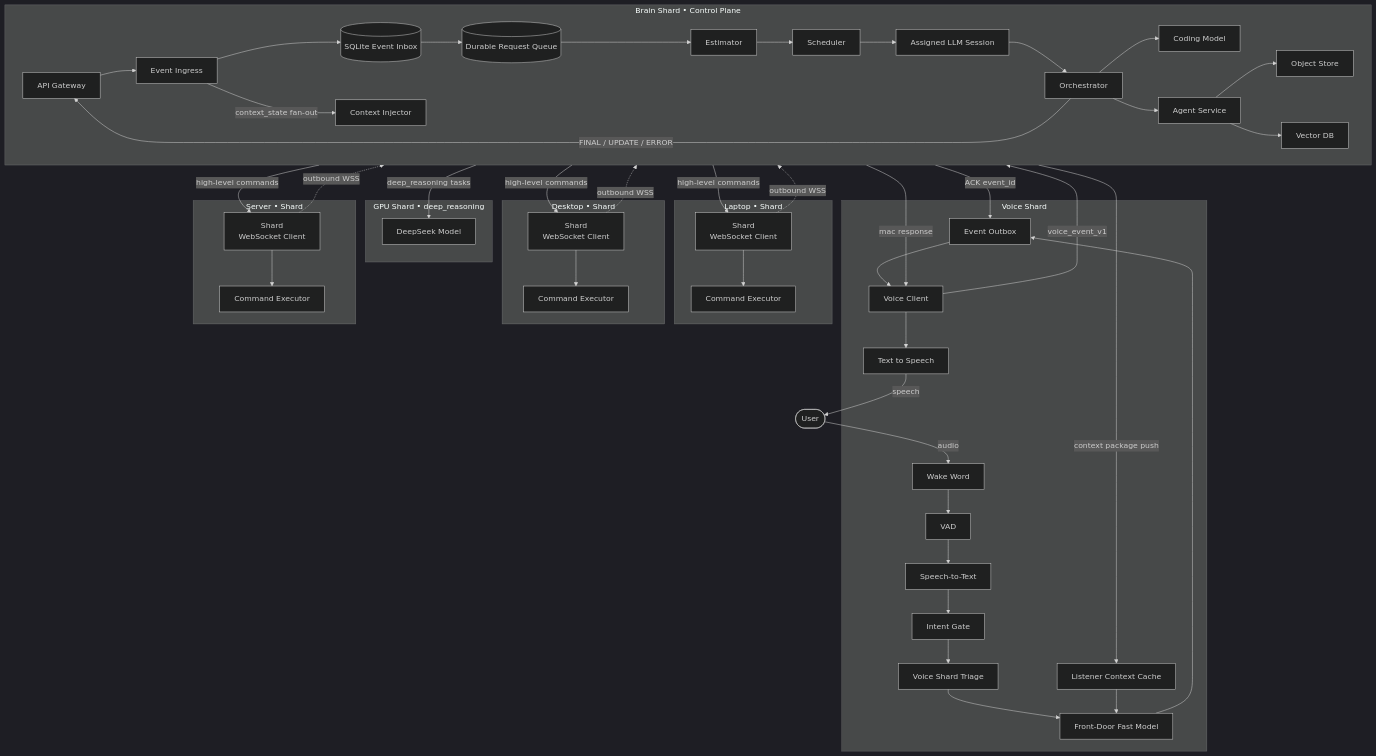
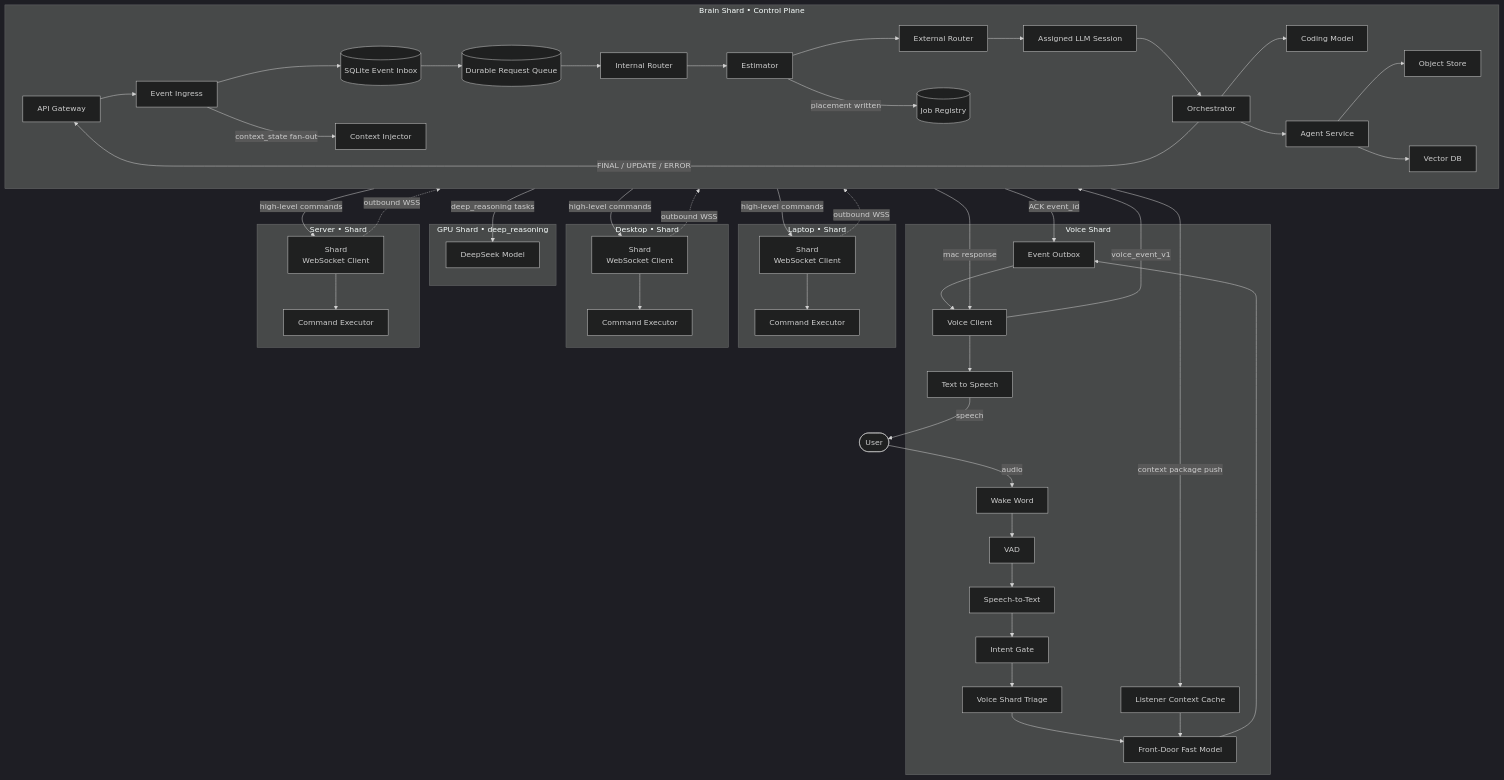
Before and after one commit to m-scanlon/tony-stark-was-able-tobuild-this-in-a-cave: the first of 3 diagrams in docs/arch/v1/scyra.md, drawn with Mermaid (dark theme). The commit also changed other lines of this file and 5 other files, not shown here.

First line of the commit message:
Major architecture overhaul — Internal Router, Estimator, External Router, Job Registry

```diff
--- a/docs/arch/v1/scyra.md
+++ b/docs/arch/v1/scyra.md
@@ -63,8 +63,10 @@
     INGRESS[Event Ingress]
     INBOX[(SQLite Event Inbox)]
     QUEUE[(Durable Request Queue)]
+    IRTR[Internal Router]
     EST[Estimator]
-    SCHED[Scheduler]
+    JOBREG[(Job Registry)]
+    ERTR[External Router]
     SESSION[Assigned LLM Session]
     ORCH[Orchestrator]
     CIX[Context Injector]
@@ -73,7 +75,8 @@
     OBJ[Object Store]
     VDB[Vector DB]
 
-    APIGW --> INGRESS --> INBOX --> QUEUE --> EST --> SCHED --> SESSION --> ORCH
+    APIGW --> INGRESS --> INBOX --> QUEUE --> IRTR --> EST --> ERTR --> SESSION --> ORCH
+    EST -->|placement written| JOBREG
     INGRESS -->|context_state fan-out| CIX
     ORCH --> CODER
     ORCH --> PROJ
```
